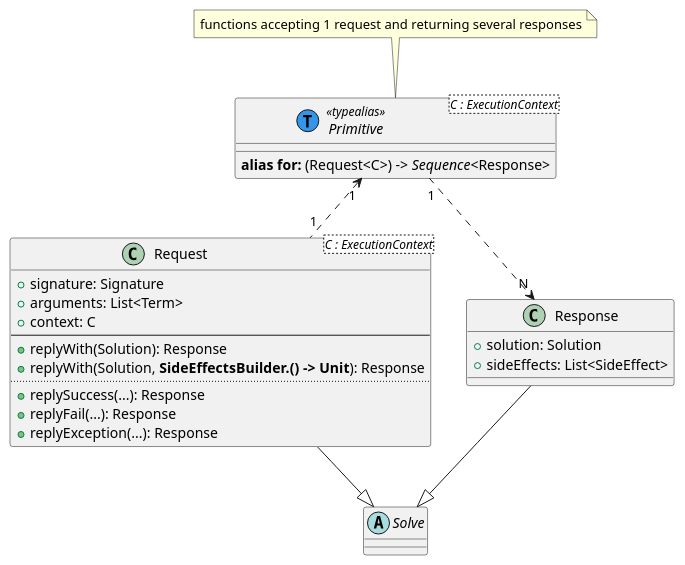
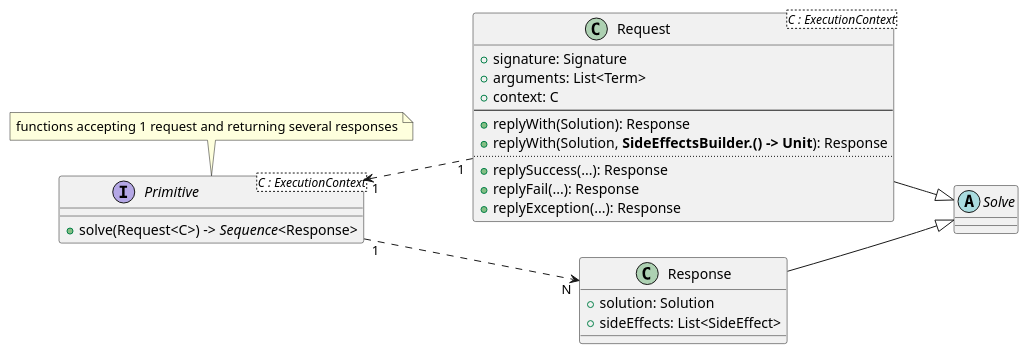
One commit to pikalab-unibo/ise-lab-perception-actuation changed the diagram in figures/primitive.pu. Above: the diagram before and after it, drawn with PlantUML. The commit also changed 9 other files, not shown here.

```diff
--- a/figures/primitive.pu
+++ b/figures/primitive.pu
@@ -1,35 +1,37 @@
 @startuml
+left to right direction
+
 abstract class Solve 
 
 class Request<C : ExecutionContext> {
     + signature: Signature
     + arguments: List<Term>
     + context: C
     --
     + replyWith(Solution): Response
     + replyWith(Solution, **SideEffectsBuilder.() -> Unit**): Response
     ..
     + replySuccess(...): Response
     + replyFail(...): Response
     + replyException(...): Response
 }
 
 Request --|> Solve 
 
 class Response {
     + solution: Solution
     + sideEffects: List<SideEffect>
 }
 
 Response --|> Solve 
 
-interface Primitive<C : ExecutionContext> << (T,#3495eb) typealias >>  {
-  **alias for:** (Request<C>) -> //Sequence//<Response>
+interface Primitive<C : ExecutionContext> {
+  + solve(Request<C>) -> //Sequence//<Response>
 }
 
 Primitive "1" <.. "1" Request
 
 Primitive "1" ..> "N" Response
 
 note top of Primitive: functions accepting 1 request and returning several responses
 @enduml
```
